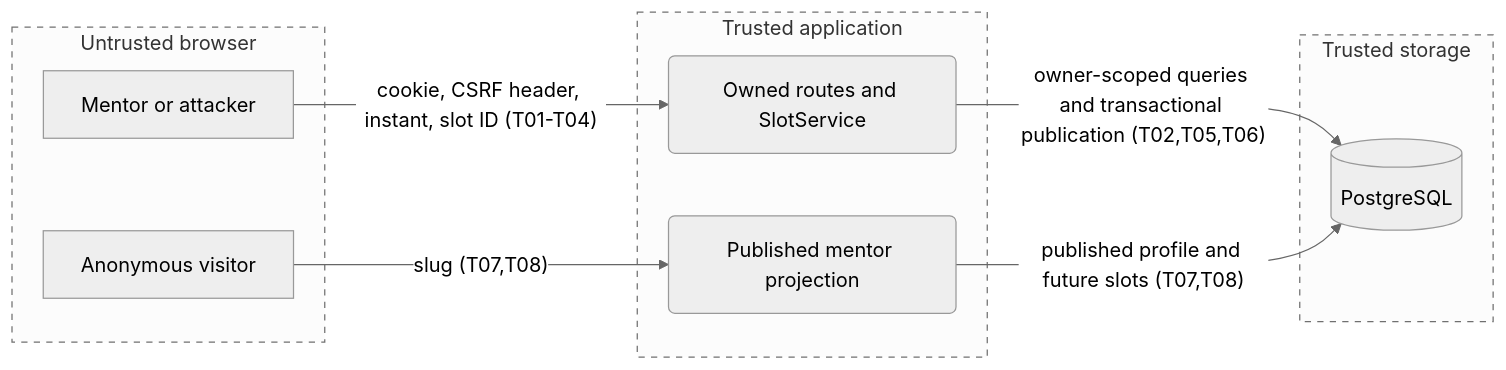
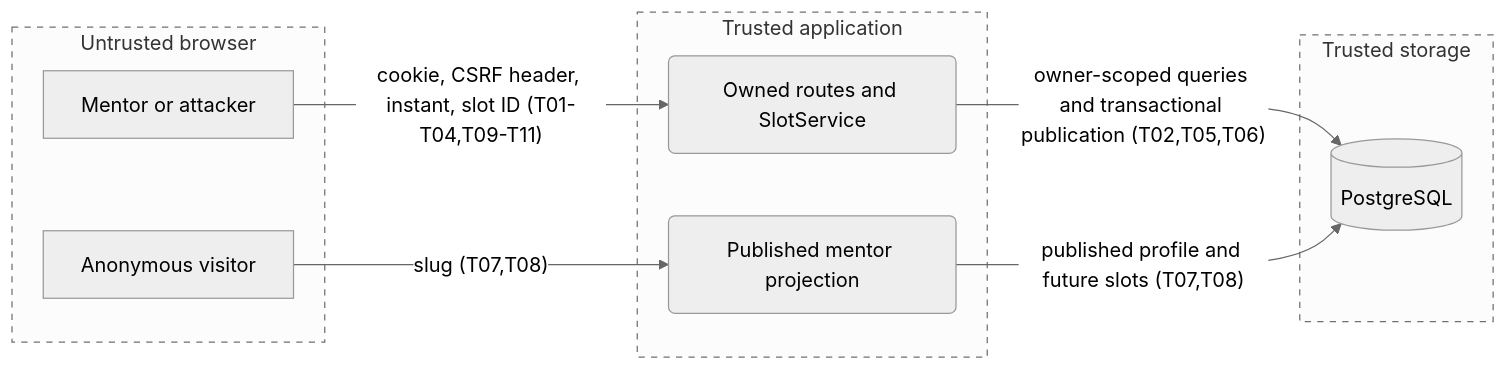
The diagram in docs/security/threat-model.mmd (warnaa/aitl-mentio), drawn with Mermaid (neutral theme) before and after one commit. The commit also changed 15 other files, not shown here.

```diff
--- a/docs/security/threat-model.mmd
+++ b/docs/security/threat-model.mmd
@@ -1,18 +1,18 @@
 flowchart LR
   subgraph internet [Untrusted browser]
     Mentor[Mentor or attacker]
     Visitor[Anonymous visitor]
   end
   subgraph app [Trusted application]
     API(Owned routes and SlotService)
     Public(Published mentor projection)
   end
   subgraph data [Trusted storage]
     DB[(PostgreSQL)]
   end
-  Mentor -->|"cookie, CSRF header, instant, slot ID (T01-T04)"| API
+  Mentor -->|"cookie, CSRF header, instant, slot ID (T01-T04,T09-T11)"| API
   API -->|"owner-scoped queries and transactional publication (T02,T05,T06)"| DB
   Visitor -->|"slug (T07,T08)"| Public
   Public -->|"published profile and future slots (T07,T08)"| DB
   classDef boundary stroke-dasharray: 5 5
   class internet,app,data boundary
```
